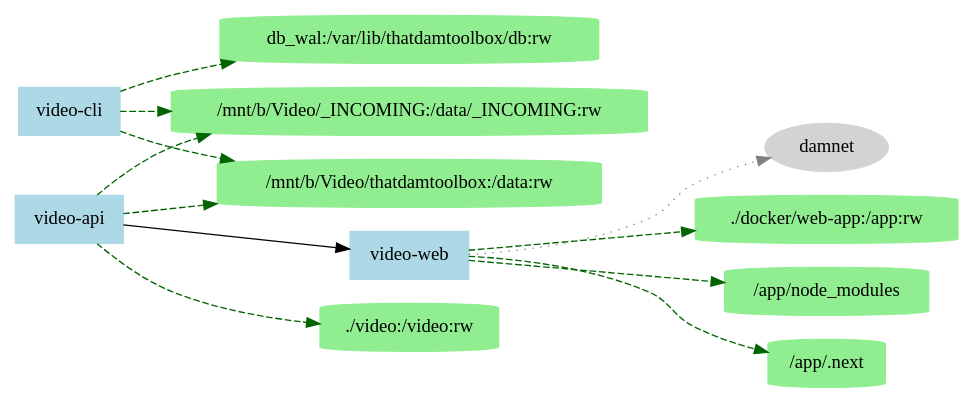
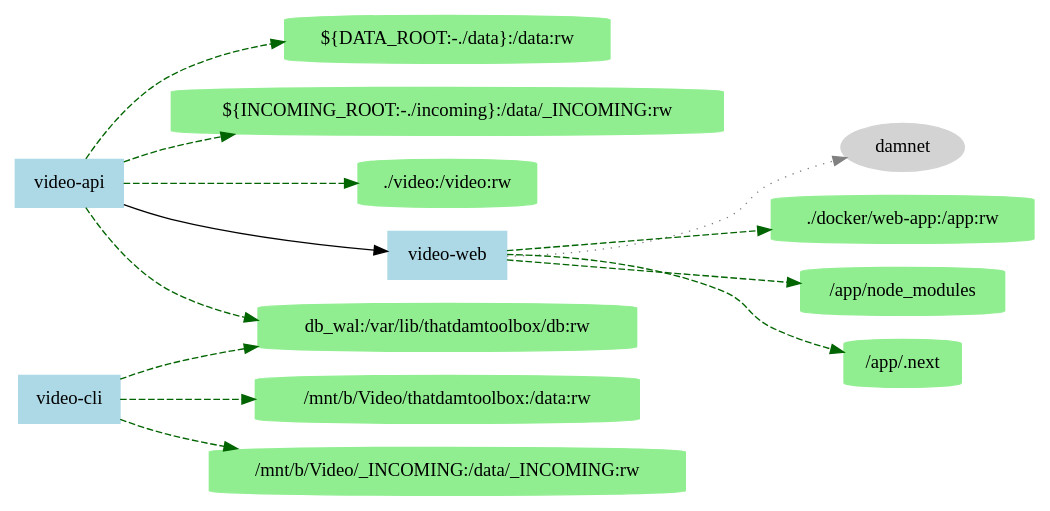
The diagram in public/serve/repository-docker-structure.dot (Cdaprod/ThatDAMToolbox), drawn with Graphviz before and after one commit. The commit also changed 1 other file, not shown here.

```diff
--- a/public/serve/repository-docker-structure.dot
+++ b/public/serve/repository-docker-structure.dot
@@ -1,28 +1,30 @@
 digraph docker_compose {
   rankdir=LR;
   node [shape=box, style=filled, color=lightblue];
   "video-api" [label="video-api"];
-  "video-api" -> "vol::/mnt/b/Video/thatdamtoolbox:/data:rw" [style=dashed, color=darkgreen];
-  "vol::/mnt/b/Video/thatdamtoolbox:/data:rw" [label="/mnt/b/Video/thatdamtoolbox:/data:rw" shape=cylinder color=lightgreen];
-  "video-api" -> "vol::/mnt/b/Video/_INCOMING:/data/_INCOMING:rw" [style=dashed, color=darkgreen];
-  "vol::/mnt/b/Video/_INCOMING:/data/_INCOMING:rw" [label="/mnt/b/Video/_INCOMING:/data/_INCOMING:rw" shape=cylinder color=lightgreen];
+  "video-api" -> "vol::${DATA_ROOT:-./data}:/data:rw" [style=dashed, color=darkgreen];
+  "vol::${DATA_ROOT:-./data}:/data:rw" [label="${DATA_ROOT:-./data}:/data:rw" shape=cylinder color=lightgreen];
+  "video-api" -> "vol::${INCOMING_ROOT:-./incoming}:/data/_INCOMING:rw" [style=dashed, color=darkgreen];
+  "vol::${INCOMING_ROOT:-./incoming}:/data/_INCOMING:rw" [label="${INCOMING_ROOT:-./incoming}:/data/_INCOMING:rw" shape=cylinder color=lightgreen];
+  "video-api" -> "vol::db_wal:/var/lib/thatdamtoolbox/db:rw" [style=dashed, color=darkgreen];
+  "vol::db_wal:/var/lib/thatdamtoolbox/db:rw" [label="db_wal:/var/lib/thatdamtoolbox/db:rw" shape=cylinder color=lightgreen];
   "video-api" -> "vol::./video:/video:rw" [style=dashed, color=darkgreen];
   "vol::./video:/video:rw" [label="./video:/video:rw" shape=cylinder color=lightgreen];
   "video-web" [label="video-web"];
   "video-api" -> "video-web";
   "video-web" -> "net::damnet" [style=dotted, color=gray];
   "net::damnet" [label="damnet" shape=ellipse color=lightgray];
   "video-web" -> "vol::./docker/web-app:/app:rw" [style=dashed, color=darkgreen];
   "vol::./docker/web-app:/app:rw" [label="./docker/web-app:/app:rw" shape=cylinder color=lightgreen];
   "video-web" -> "vol::/app/node_modules" [style=dashed, color=darkgreen];
   "vol::/app/node_modules" [label="/app/node_modules" shape=cylinder color=lightgreen];
   "video-web" -> "vol::/app/.next" [style=dashed, color=darkgreen];
   "vol::/app/.next" [label="/app/.next" shape=cylinder color=lightgreen];
   "video-cli" [label="video-cli"];
   "video-cli" -> "vol::/mnt/b/Video/thatdamtoolbox:/data:rw" [style=dashed, color=darkgreen];
   "vol::/mnt/b/Video/thatdamtoolbox:/data:rw" [label="/mnt/b/Video/thatdamtoolbox:/data:rw" shape=cylinder color=lightgreen];
   "video-cli" -> "vol::/mnt/b/Video/_INCOMING:/data/_INCOMING:rw" [style=dashed, color=darkgreen];
   "vol::/mnt/b/Video/_INCOMING:/data/_INCOMING:rw" [label="/mnt/b/Video/_INCOMING:/data/_INCOMING:rw" shape=cylinder color=lightgreen];
   "video-cli" -> "vol::db_wal:/var/lib/thatdamtoolbox/db:rw" [style=dashed, color=darkgreen];
   "vol::db_wal:/var/lib/thatdamtoolbox/db:rw" [label="db_wal:/var/lib/thatdamtoolbox/db:rw" shape=cylinder color=lightgreen];
 }
```
